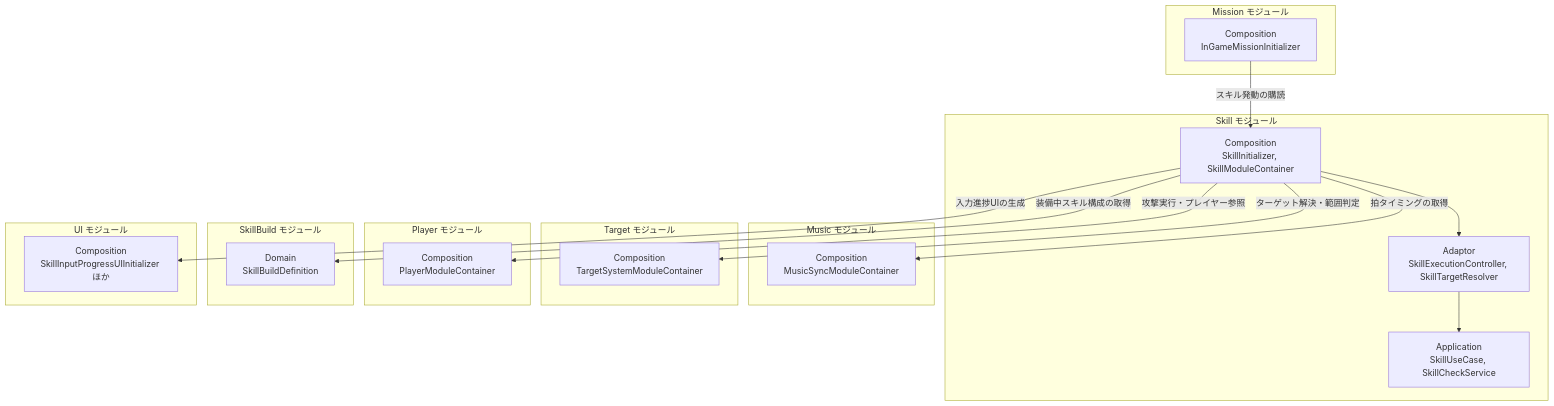
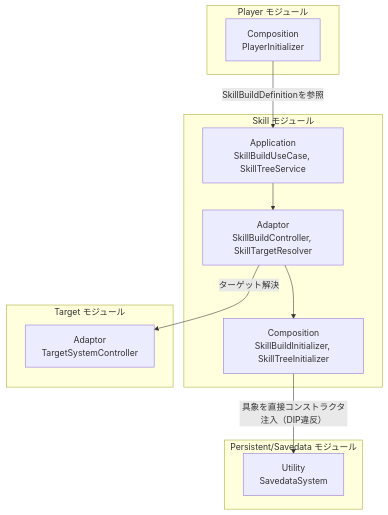
Before and after one commit to HIBIKI5201/SymphonyKillChord: the first of 3 diagrams in Assets/Docs/ScriptsDocs/Modules/NotionModuleDocs/Skill.md, drawn with Mermaid. The commit also changed other lines of this file and 2383 other files, not shown here.

````diff
--- a/Assets/Docs/ScriptsDocs/Modules/NotionModuleDocs/Skill.md
+++ b/Assets/Docs/ScriptsDocs/Modules/NotionModuleDocs/Skill.md
@@ -61,43 +49,28 @@
 ```mermaid
 graph TD
     %% 定義 (接続のないレイヤーは省略)
     subgraph SkillModule [Skill モジュール]
-        S_App["Application<br>SkillUseCase, SkillCheckService"]
-        S_Adaptor["Adaptor<br>SkillExecutionController, SkillTargetResolver"]
-        S_Composition["Composition<br>SkillInitializer, SkillModuleContainer"]
-        S_Adaptor --> S_App
-        S_Composition --> S_Adaptor
+        S_App["Application<br>SkillBuildUseCase, SkillTreeService"]
+        S_Adaptor["Adaptor<br>SkillBuildController, SkillTargetResolver"]
+        S_Composition["Composition<br>SkillBuildInitializer, SkillTreeInitializer"]
+        S_App --> S_Adaptor
+        S_Adaptor --> S_Composition
     end
 
-    subgraph MusicModule [Music モジュール]
-        M_Composition["Composition<br>MusicSyncModuleContainer"]
+    subgraph SavedataModule [Persistent/Savedata モジュール]
+        SD_Utility["Utility<br>SavedataSystem"]
+    end
+
+    subgraph PlayerModule [Player モジュール]
+        P_Composition["Composition<br>PlayerInitializer"]
     end
 
     subgraph TargetModule [Target モジュール]
-        T_Composition["Composition<br>TargetSystemModuleContainer"]
-    end
-
-    subgraph PlayerModule [Player モジュール]
-        P_Composition["Composition<br>PlayerModuleContainer"]
-    end
-
-    subgraph SkillBuildModule [SkillBuild モジュール]
-        SB_Domain["Domain<br>SkillBuildDefinition"]
-    end
-
-    subgraph UIModule [UI モジュール]
-        UI_Composition["Composition<br>SkillInputProgressUIInitializer ほか"]
-    end
-
-    subgraph MissionModule [Mission モジュール]
-        MS_Composition["Composition<br>InGameMissionInitializer"]
+        T_Adaptor["Adaptor<br>TargetSystemController"]
     end
 
     %% 依存関係
-    S_Composition -->|"拍タイミングの取得"| M_Composition
-    S_Composition -->|"ターゲット解決・範囲判定"| T_Composition
-    S_Composition -->|"攻撃実行・プレイヤー参照"| P_Composition
-    S_Composition -->|"装備中スキル構成の取得"| SB_Domain
-    S_Composition -->|"入力進捗UIの生成"| UI_Composition
-    MS_Composition -->|"スキル発動の購読"| S_Composition
+    S_Composition -->|"具象を直接コンストラクタ注入（DIP違反）"| SD_Utility
+    P_Composition -->|"SkillBuildDefinitionを参照"| S_App
+    S_Adaptor -->|"ターゲット解決"| T_Adaptor
 ```
````
